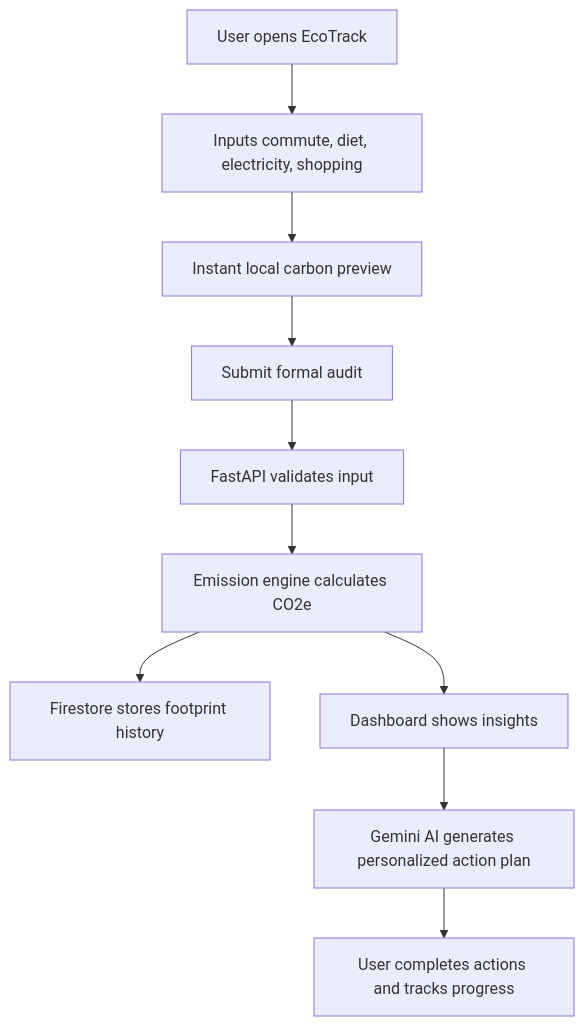
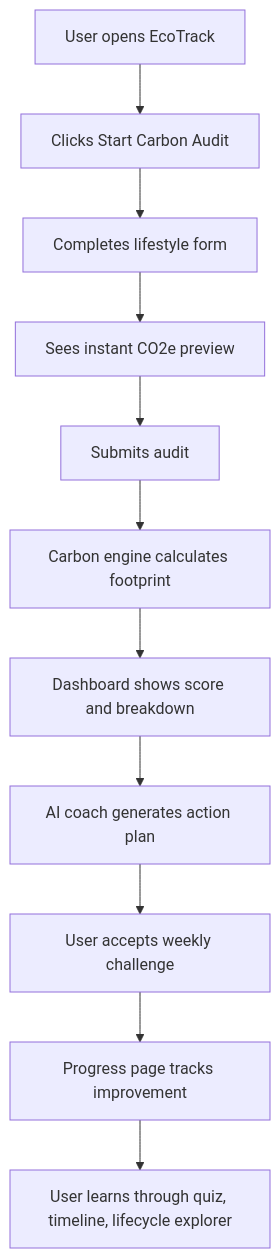
The diagram in README.md (vanshkadia2511-pixel/EcoSync-Carbon), drawn with Mermaid before and after one commit. The commit also changed other lines of this file and 146 other files, not shown here.

Commit message:
feat: migrate to Vite React frontend and FastAPI backend, implement a11y and security improvements

````diff
--- a/README.md
+++ b/README.md
@@ -64,12 +204,13 @@
 ```mermaid
 flowchart TD
-    A[User opens EcoTrack] --> B[Inputs commute, diet, electricity, shopping]
-    B --> C[Instant local carbon preview]
-    C --> D[Submit formal audit]
-    D --> E[FastAPI validates input]
-    E --> F[Emission engine calculates CO2e]
-    F --> G[Firestore stores footprint history]
-    F --> H[Dashboard shows insights]
-    H --> I[Gemini AI generates personalized action plan]
-    I --> J[User completes actions and tracks progress]
+    A[User opens EcoTrack] --> B[Clicks Start Carbon Audit]
+    B --> C[Completes lifestyle form]
+    C --> D[Sees instant CO2e preview]
+    D --> E[Submits audit]
+    E --> F[Carbon engine calculates footprint]
+    F --> G[Dashboard shows score and breakdown]
+    G --> H[AI coach generates action plan]
+    H --> I[User accepts weekly challenge]
+    I --> J[Progress page tracks improvement]
+    J --> K[User learns through quiz, timeline, lifecycle explorer]
 ```
````
